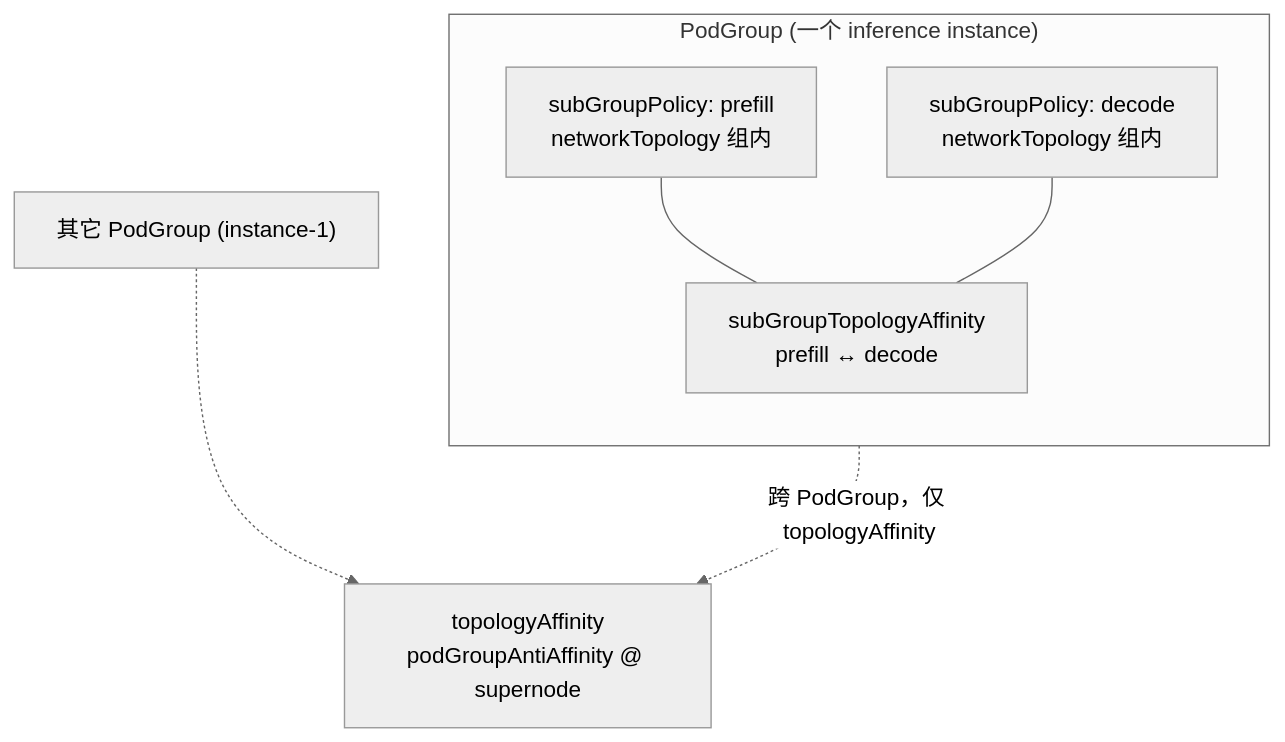
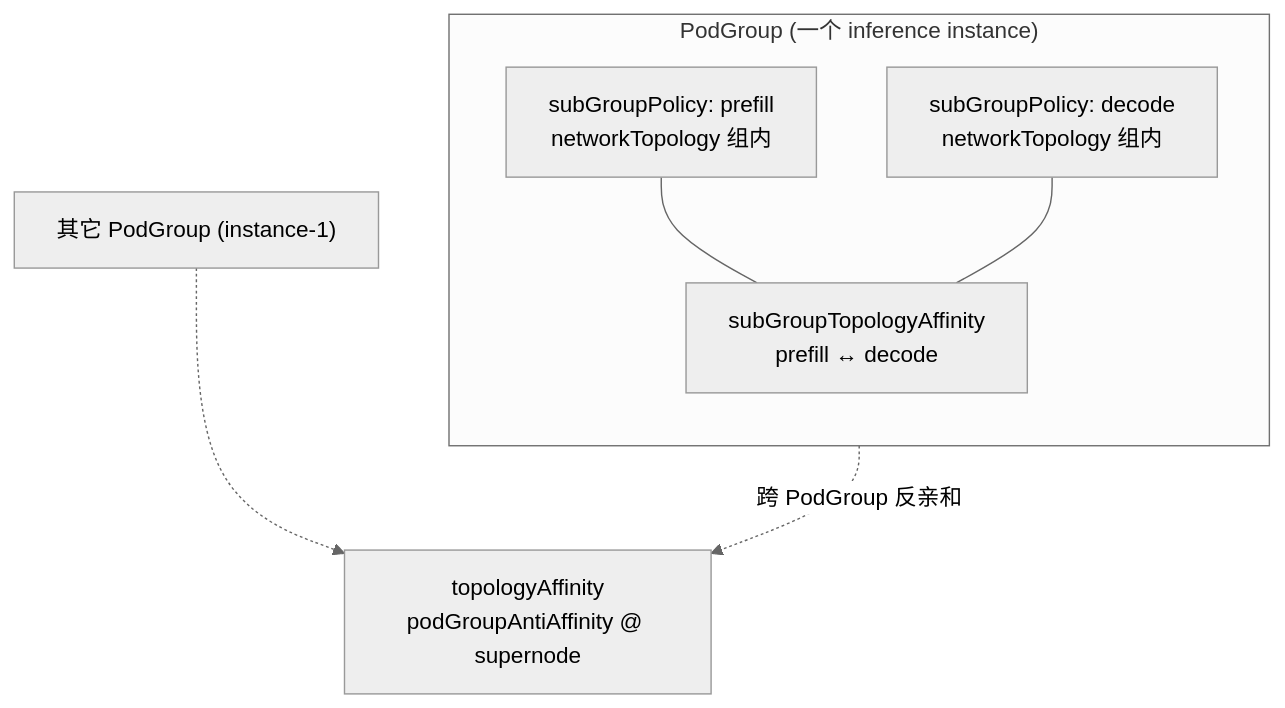
One commit to wangyang0616/volcano changed the tenth of 38 diagrams in docs/design/group-topology-affinity.md. Above: the diagram before and after it, drawn with Mermaid (neutral theme). The commit also changed other lines of this file, not shown here.

First line of the commit message:
docs: clarify subGroup anti-affinity API and separation tier fields

````diff
--- a/docs/design/group-topology-affinity.md
+++ b/docs/design/group-topology-affinity.md
@@ -796,15 +1180,15 @@
 ```mermaid
 flowchart TB
     subgraph PodGroupNode["PodGroup (一个 inference instance)"]
         direction TB
         SG1["subGroupPolicy: prefill<br/>networkTopology 组内"]
         SG2["subGroupPolicy: decode<br/>networkTopology 组内"]
         SGA["subGroupTopologyAffinity<br/>prefill ↔ decode"]
         SG1 --- SGA
         SG2 --- SGA
     end
     PodGroup2["其它 PodGroup (instance-1)"]
     PGA["topologyAffinity<br/>podGroupAntiAffinity @ supernode"]
-    PodGroupNode -.->|跨 PodGroup，仅 topologyAffinity| PGA
+    PodGroupNode -.->|跨 PodGroup 反亲和| PGA
     PodGroup2 -.-> PGA
 ```
````
